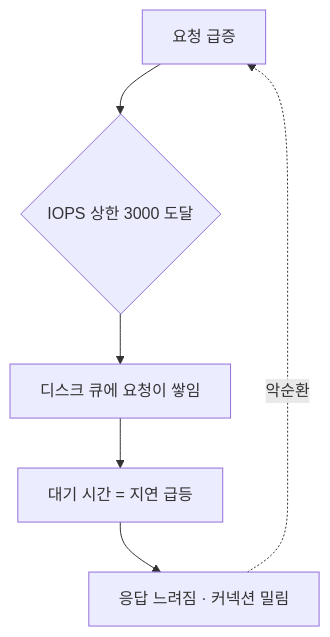
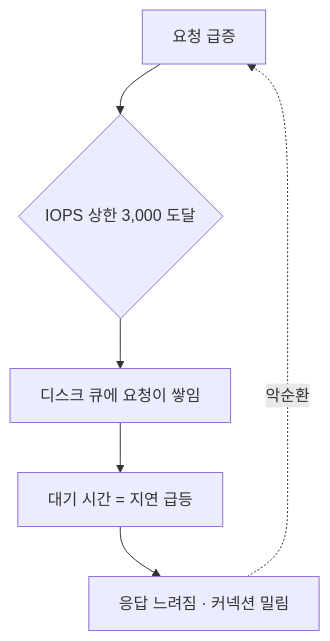
Before and after one commit to keencho/keencho.github.io: the first of 2 diagrams in _posts/2026-08-16-rds-iops-gp3-400gb.md, drawn with Mermaid. The commit also changed other lines of this file, not shown here.

````diff
--- a/_posts/2026-08-16-rds-iops-gp3-400gb.md
+++ b/_posts/2026-08-16-rds-iops-gp3-400gb.md
@@ -25,8 +25,8 @@
 ```mermaid
 flowchart TD
-    R[요청 급증] --> C{IOPS 상한 3000 도달}
+    R[요청 급증] --> C{IOPS 상한 3,000 도달}
     C --> Q[디스크 큐에 요청이 쌓임]
     Q --> L[대기 시간 = 지연 급등]
     L --> S[응답 느려짐 · 커넥션 밀림]
-    S -.악순환.-> R
+    S -.->|악순환| R
 ```
````
